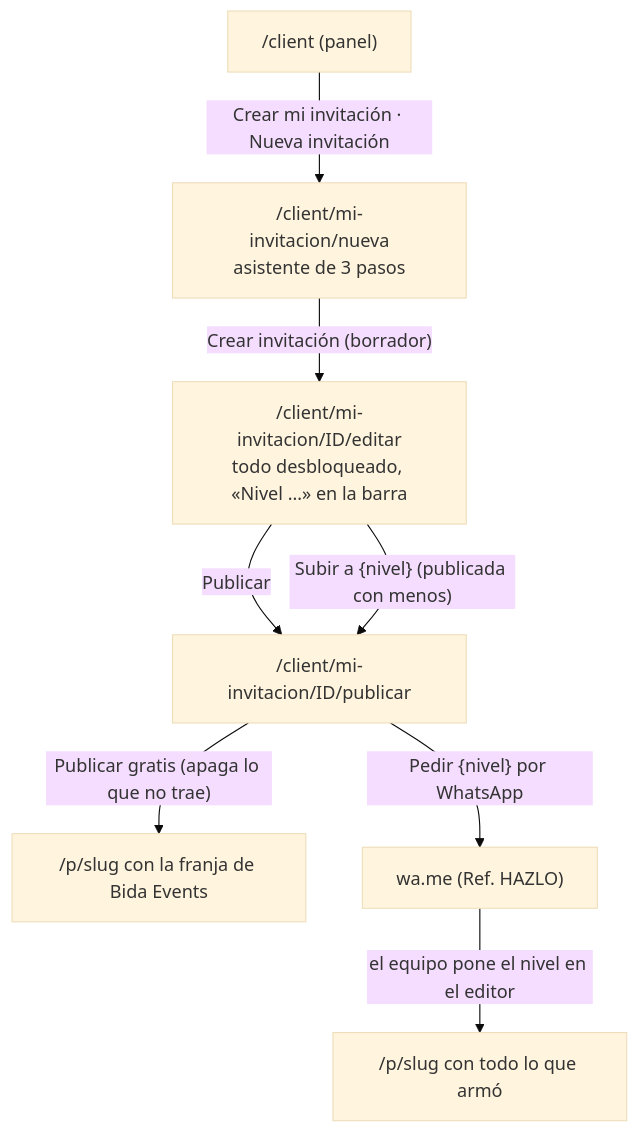
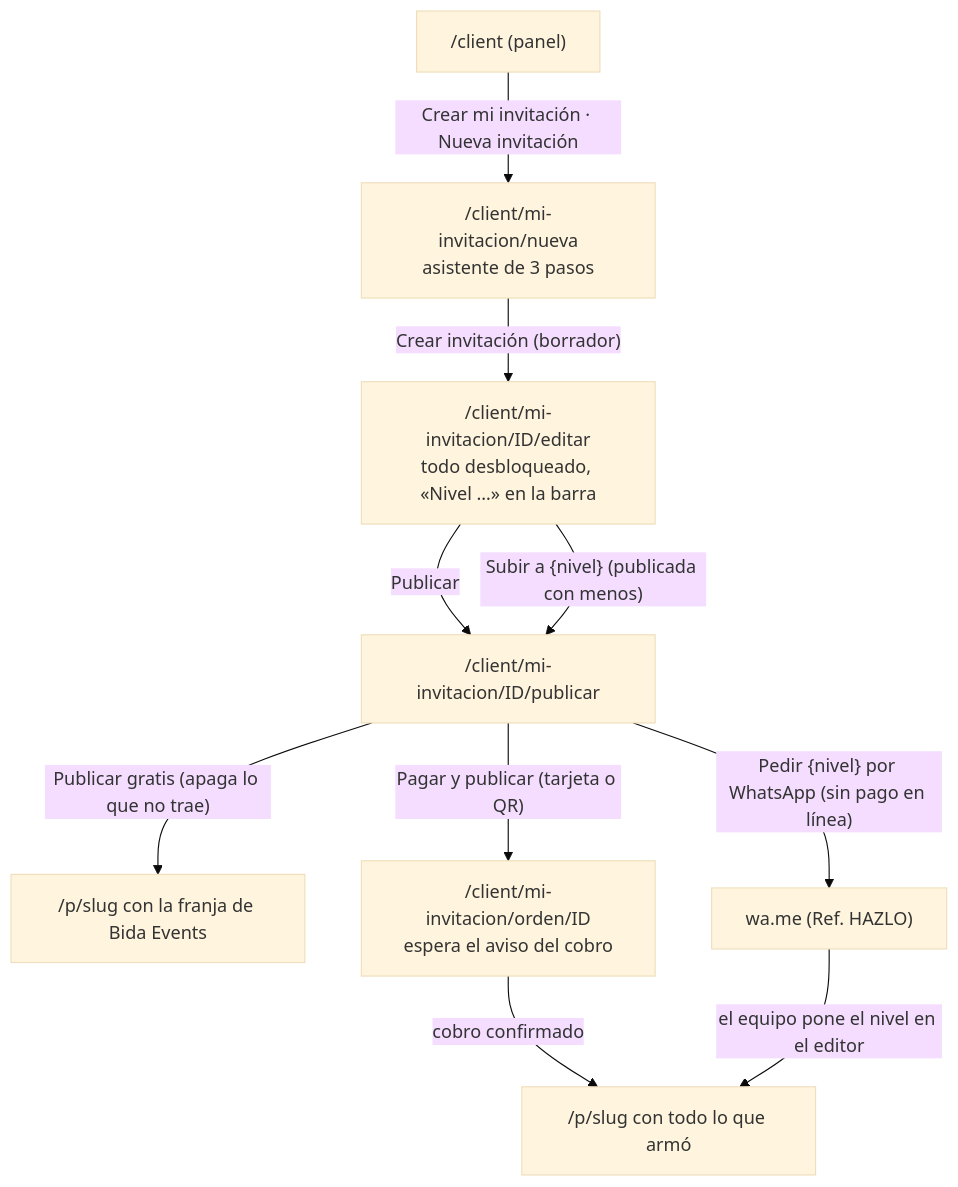
Before and after one commit to ccdana/Bida-Events: the second of 6 diagrams in docs/flujo-navegacion.md, drawn with Mermaid (base theme). The commit also changed other lines of this file and 27 other files, not shown here.

````diff
--- a/docs/flujo-navegacion.md
+++ b/docs/flujo-navegacion.md
@@ -36,10 +37,12 @@
 ```mermaid
 flowchart TD
   D["/client (panel)"] -->|"Crear mi invitación · Nueva invitación"| N["/client/mi-invitacion/nueva<br/>asistente de 3 pasos"]
   N -->|"Crear invitación (borrador)"| E["/client/mi-invitacion/ID/editar<br/>todo desbloqueado, «Nivel …» en la barra"]
   E -->|"Publicar"| P["/client/mi-invitacion/ID/publicar"]
   P -->|"Publicar gratis (apaga lo que no trae)"| L["/p/slug con la franja de Bida Events"]
-  P -->|"Pedir {nivel} por WhatsApp"| W["wa.me (Ref. HAZLO)"]
-  W -->|"el equipo pone el nivel en el editor"| L2["/p/slug con todo lo que armó"]
+  P -->|"Pagar y publicar (tarjeta o QR)"| O["/client/mi-invitacion/orden/ID<br/>espera el aviso del cobro"]
+  O -->|"cobro confirmado"| L2["/p/slug con todo lo que armó"]
+  P -->|"Pedir {nivel} por WhatsApp (sin pago en línea)"| W["wa.me (Ref. HAZLO)"]
+  W -->|"el equipo pone el nivel en el editor"| L2
   E -->|"Subir a {nivel} (publicada con menos)"| P
 ```
````
